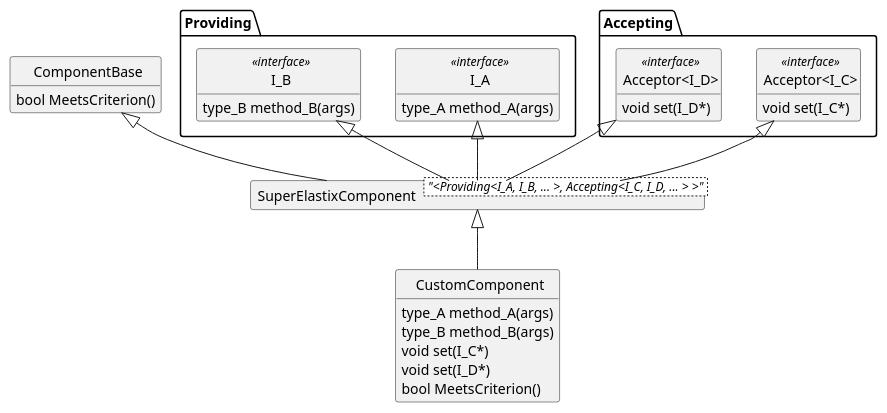
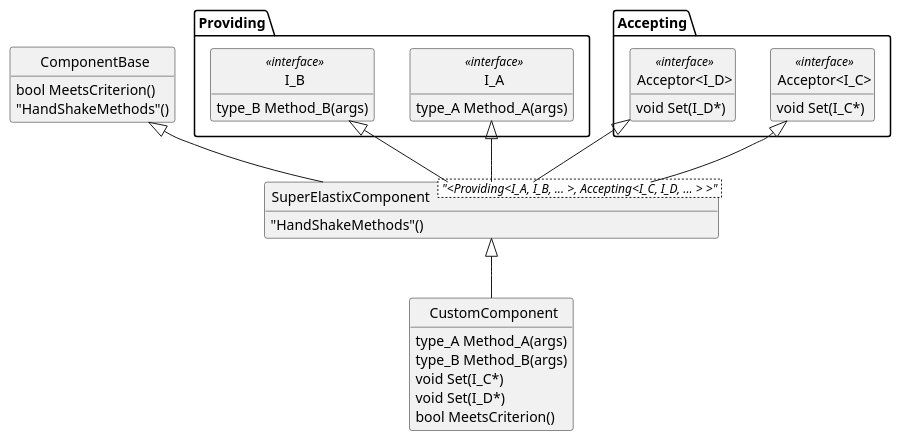
Before and after one commit to SuperElastix/SuperElastix-Documentation: the third of 3 diagrams in source/Development.rst, drawn with PlantUML.

```diff
--- a/source/Development.rst
+++ b/source/Development.rst
@@ -41,53 +41,55 @@
 .. uml::
 
       @startuml
       
       'style options 
       skinparam monochrome true
       skinparam circledCharacterRadius 0
       skinparam circledCharacterFontSize 0
       skinparam classAttributeIconSize 0
       hide empty members
       
 	  class CustomComponent{
-	  type_A method_A(args)
-	  type_B method_B(args)
-	  void set(I_C*)
-	  void set(I_D*)
+	  type_A Method_A(args)
+	  type_B Method_B(args)
+	  void Set(I_C*)
+	  void Set(I_D*)
 	  bool MeetsCriterion()
 	  }
 	  
       class SuperElastixComponent< "<Providing<I_A, I_B, ... >, Accepting<I_C, I_D, ... > >" > {
+	  "HandShakeMethods"()
       }
 
       package Providing {
       class I_A << interface >> {
-	  type_A method_A(args)
+	  type_A Method_A(args)
 	  }
       class I_B << interface >> {
-	  type_B method_B(args)
+	  type_B Method_B(args)
       }
       }
 	  
       package Accepting {	  
       class "Acceptor<I_C>" << interface >> {
-      void set(I_C*)
+      void Set(I_C*)
       }
 	  
       class "Acceptor<I_D>" << interface >> {
-      void set(I_D*)
+      void Set(I_D*)
       }
 	  }
 	  
 	  class ComponentBase {
 	  bool MeetsCriterion()
+	  "HandShakeMethods"()
 	  }
 	  
       ComponentBase <|-- SuperElastixComponent
       I_A <|-- SuperElastixComponent
       I_B <|-- SuperElastixComponent
       "Acceptor<I_C>" <|-- SuperElastixComponent
       "Acceptor<I_D>" <|-- SuperElastixComponent
       
       SuperElastixComponent <|-- CustomComponent 
       @enduml
```
